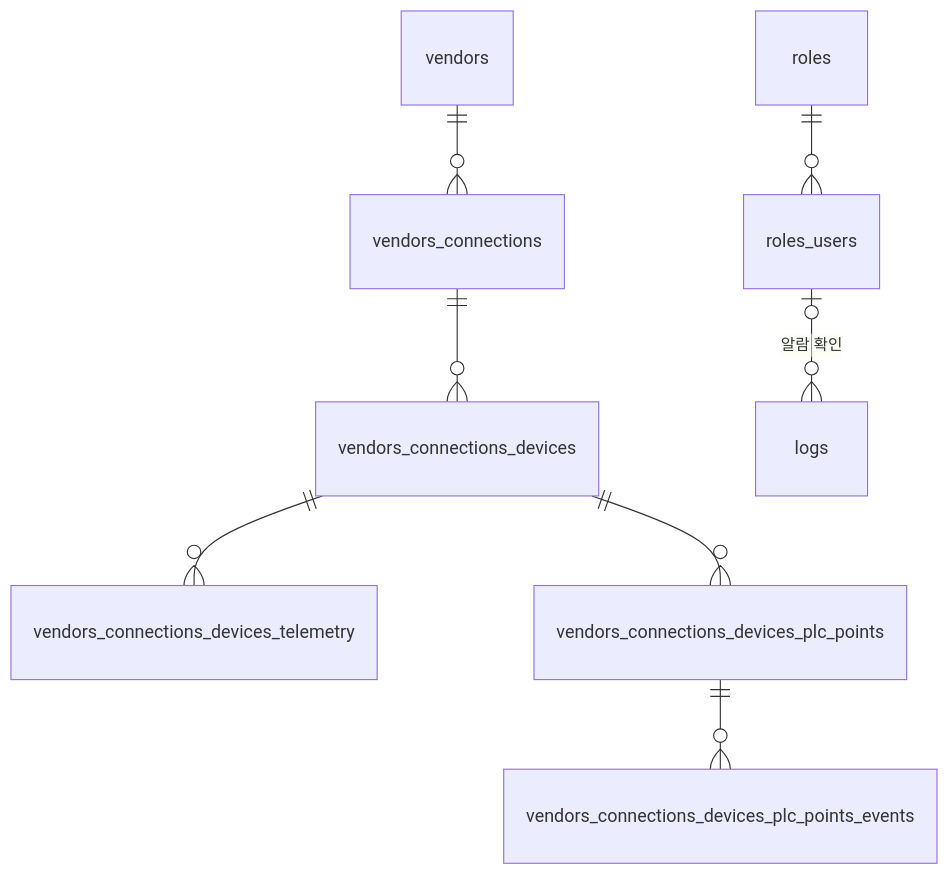
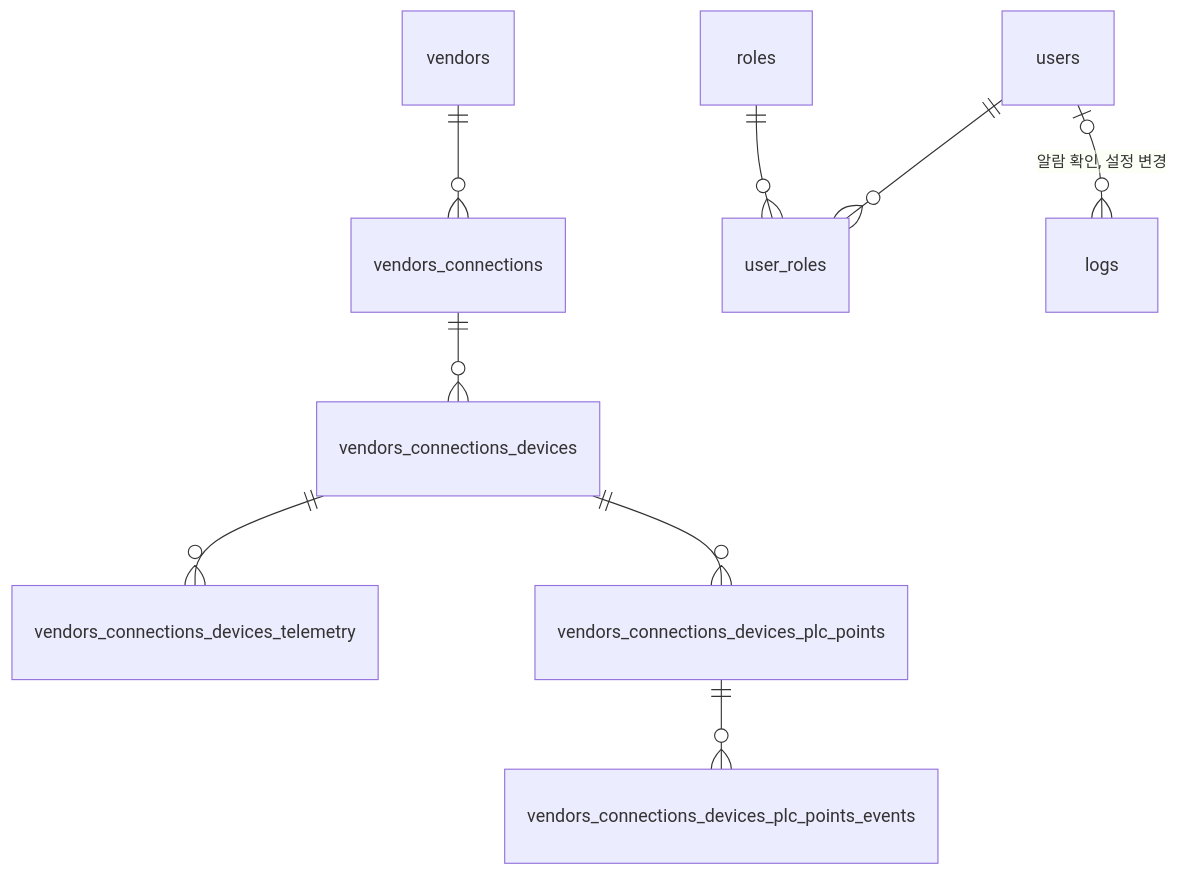
The third of 3 diagrams in docs/design.md (dksalsgus/agv-amr-control-middleware), drawn with Mermaid before and after one commit. The commit also changed other lines of this file and 25 other files, not shown here.

````diff
--- a/docs/design.md
+++ b/docs/design.md
@@ -211,10 +211,11 @@
 ```mermaid
 erDiagram
   vendors ||--o{ vendors_connections : ""
   vendors_connections ||--o{ vendors_connections_devices : ""
   vendors_connections_devices ||--o{ vendors_connections_devices_telemetry : ""
   vendors_connections_devices ||--o{ vendors_connections_devices_plc_points : ""
   vendors_connections_devices_plc_points ||--o{ vendors_connections_devices_plc_points_events : ""
-  roles ||--o{ roles_users : ""
-  roles_users |o--o{ logs : "알람 확인"
+  users ||--o{ user_roles : ""
+  roles ||--o{ user_roles : ""
+  users |o--o{ logs : "알람 확인, 설정 변경"
 ```
````
